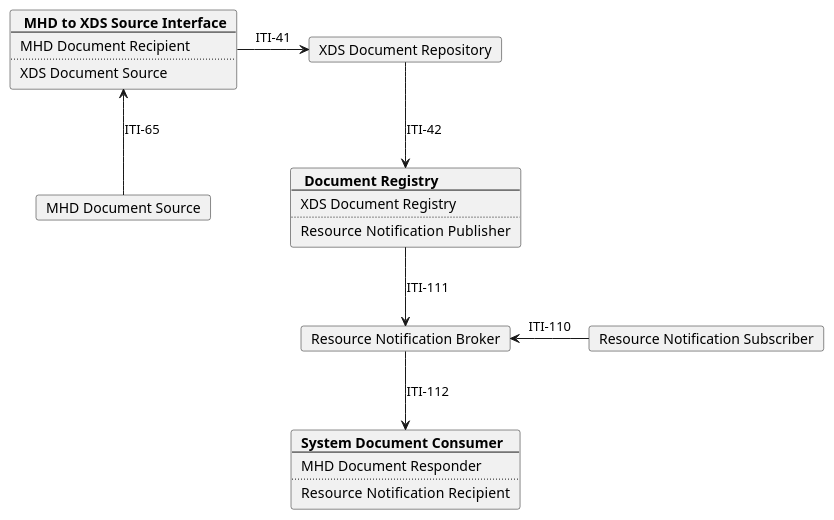
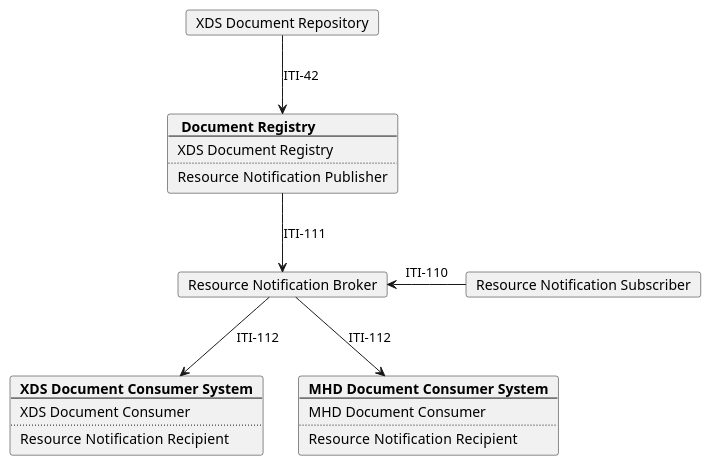
The diagram in input/images-source/model_MHD.plantuml (IHE/ITI.DSUBm), drawn with PlantUML before and after one commit. The commit also changed 4 other files, not shown here.

```diff
--- a/input/images-source/model_MHD.plantuml
+++ b/input/images-source/model_MHD.plantuml
@@ -1,57 +1,58 @@
 @startuml
 skinparam svgDimensionStyle false
 skinparam componentStyle rectangle
 
 hide footbox
 /' title "DSUBm grouped with MHD" '/
 
-card "MHD Document Source" as MHD_SOURCE
-card  SourceInterface [
-  <b> MHD to XDS Source Interface
-  ----
-  MHD Document Recipient
-  ....
-  XDS Document Source 
-]
+
 card "XDS Document Repository" as XDS_Repo 
 card  Registry [
   <b> Document Registry
   ----
   XDS Document Registry 
   ....
   Resource Notification  Publisher
 ]
 card "Resource Notification Broker" as DSUBm_Broker
 card "Resource Notification Subscriber" as DSUBm_Subscriber
 
 
-card  Consumer [
-  <b>System Document Consumer
+card  Consumer_XDS[
+  <b>XDS Document Consumer System
   ----
-  MHD Document Responder
+  XDS Document Consumer
+  ....
+  Resource Notification  Recipient
+]
+
+card  Consumer_MHD[
+  <b>MHD Document Consumer System
+  ----
+  MHD Document Consumer
   ....
   Resource Notification  Recipient
 ]
 
 
 
-MHD_SOURCE -u-> SourceInterface: ITI-65
-SourceInterface -r-> XDS_Repo: ITI-41
+
 XDS_Repo -d-> Registry: ITI-42
 Registry -d-> DSUBm_Broker: ITI-111
 DSUBm_Subscriber -l-> DSUBm_Broker: ITI-110
-DSUBm_Broker --> Consumer: ITI-112
+DSUBm_Broker --> Consumer_MHD: ITI-112
+DSUBm_Broker --> Consumer_XDS: ITI-112
 /'
 card  ConsumerInterface [
   <b> MHD to XDS Consumer Interface
   ----
   MHD Document Recipient
   ....
   XDS Document Consumer 
 ]
 Consumer -u-> ConsumerInterface: ITI-68
 ConsumerInterface -l-> XDS_Repo: ITI-43
 ConsumerInterface --> Registry: ITI-18
 '/
 
 @enduml
```
